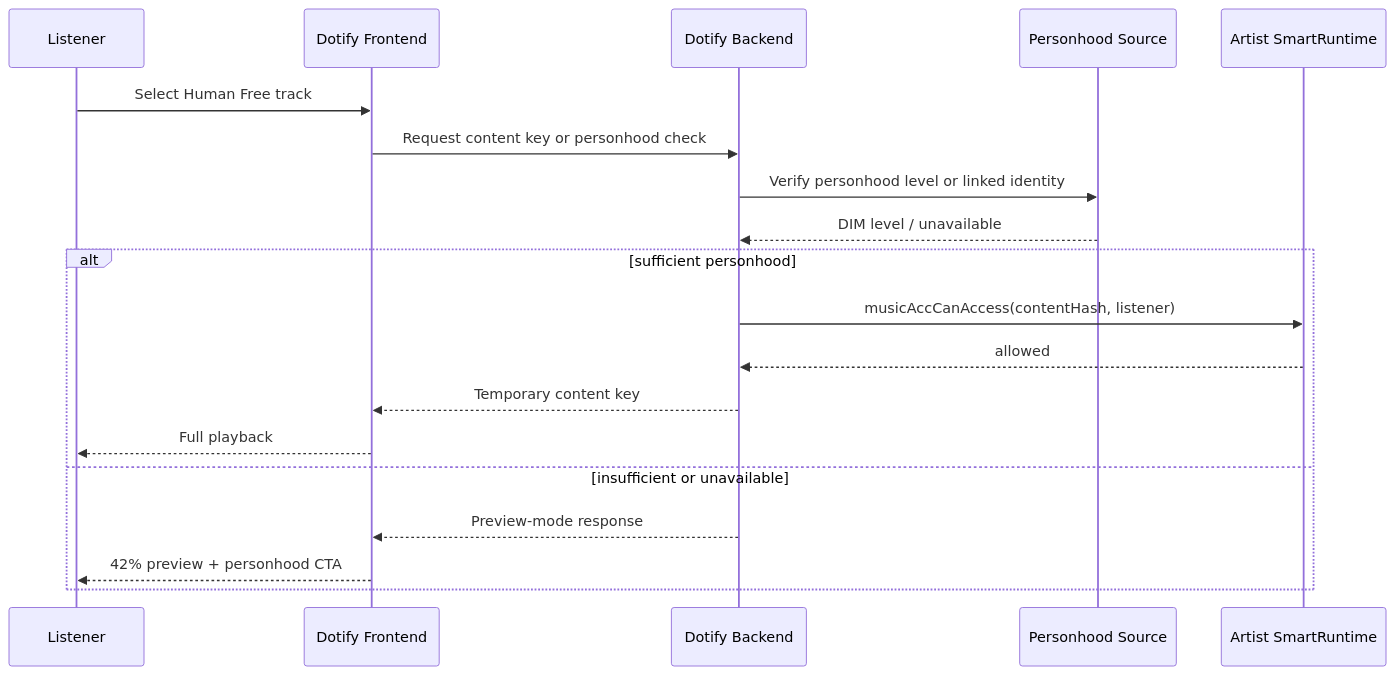
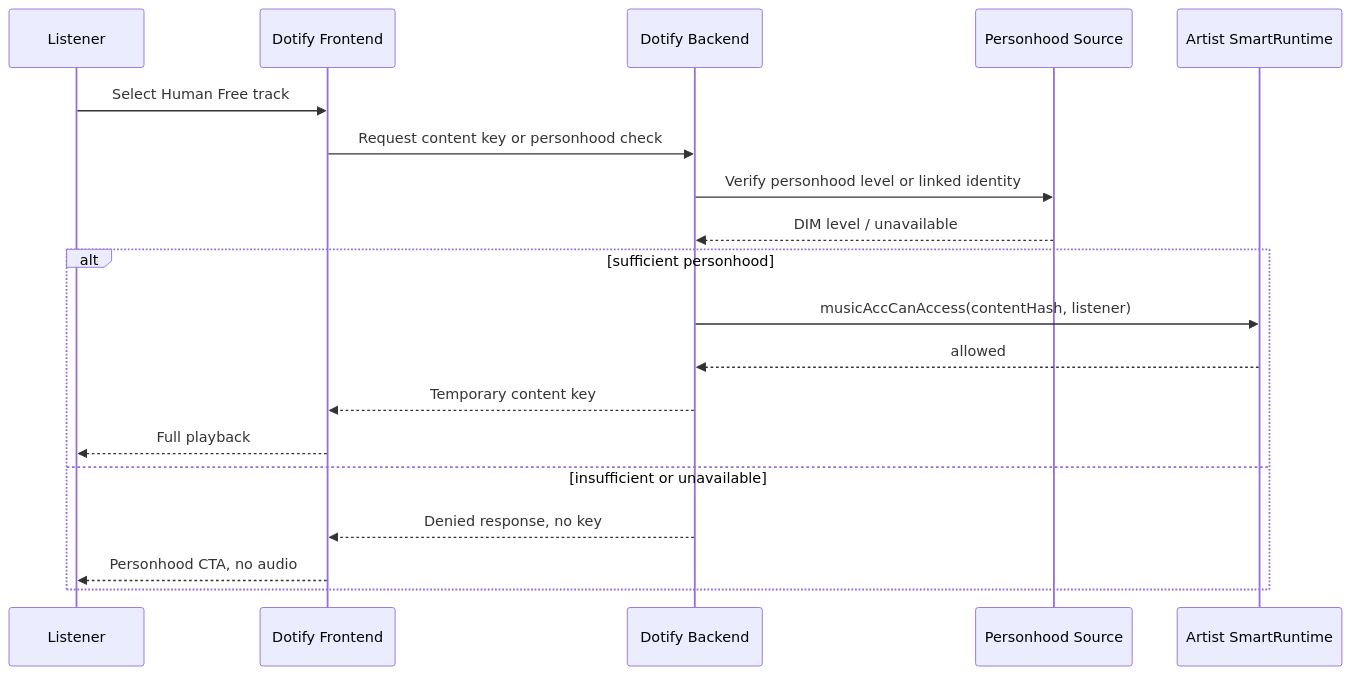
Before and after one commit to knzeng-e/dotify: the fourth of 5 diagrams in docs/product/ux-signature-flows.md, drawn with Mermaid. The commit also changed other lines of this file and 16 other files, not shown here.

````diff
--- a/docs/product/ux-signature-flows.md
+++ b/docs/product/ux-signature-flows.md
@@ -115,22 +115,22 @@
 ```mermaid
 sequenceDiagram
   participant L as Listener
   participant UI as Dotify Frontend
   participant API as Dotify Backend
   participant POP as Personhood Source
   participant RT as Artist SmartRuntime
 
   L->>UI: Select Human Free track
   UI->>API: Request content key or personhood check
   API->>POP: Verify personhood level or linked identity
   POP-->>API: DIM level / unavailable
   alt sufficient personhood
     API->>RT: musicAccCanAccess(contentHash, listener)
     RT-->>API: allowed
     API-->>UI: Temporary content key
     UI-->>L: Full playback
   else insufficient or unavailable
-    API-->>UI: Preview-mode response
-    UI-->>L: 42% preview + personhood CTA
+    API-->>UI: Denied response, no key
+    UI-->>L: Personhood CTA, no audio
   end
 ```
````
